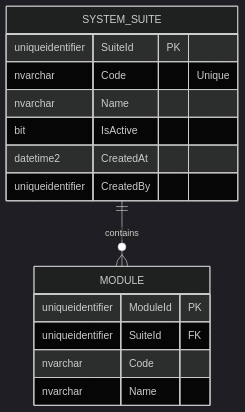
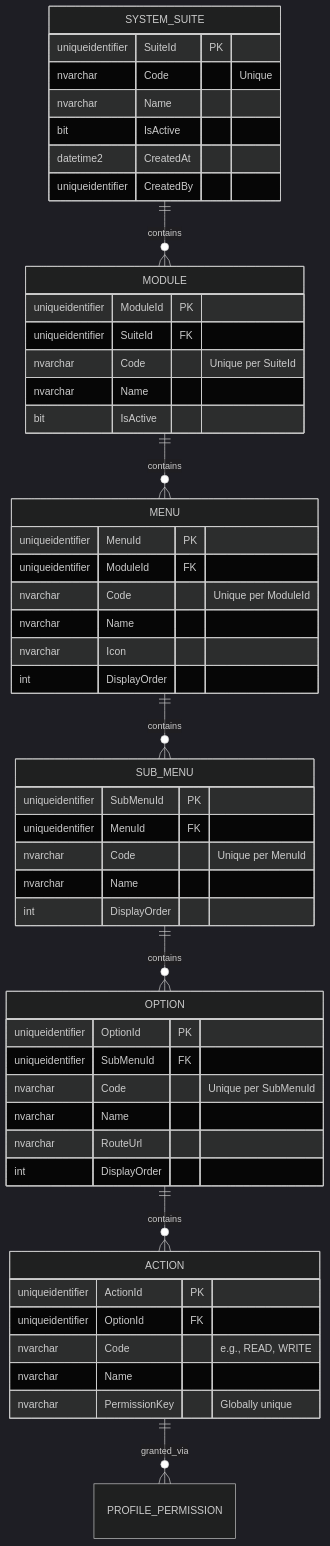
Before and after one commit to beyondnetcode/ums: the third of 4 diagrams in docs/domain/authorization/system-suite.md, drawn with Mermaid (dark theme). The commit also changed other lines of this file and 19 other files, not shown here.

````diff
--- a/docs/domain/authorization/system-suite.md
+++ b/docs/domain/authorization/system-suite.md
@@ -149,19 +210,55 @@
 ```mermaid
 erDiagram
     SYSTEM_SUITE ||--o{ MODULE : "contains"
+    MODULE ||--o{ MENU : "contains"
+    MENU ||--o{ SUB_MENU : "contains"
+    SUB_MENU ||--o{ OPTION : "contains"
+    OPTION ||--o{ ACTION : "contains"
+    ACTION ||--o{ PROFILE_PERMISSION : "granted_via"
 
     SYSTEM_SUITE {
         uniqueidentifier SuiteId PK
         nvarchar Code "Unique"
         nvarchar Name
         bit IsActive
         datetime2 CreatedAt
         uniqueidentifier CreatedBy
     }
     MODULE {
         uniqueidentifier ModuleId PK
         uniqueidentifier SuiteId FK
-        nvarchar Code
+        nvarchar Code "Unique per SuiteId"
         nvarchar Name
+        bit IsActive
+    }
+    MENU {
+        uniqueidentifier MenuId PK
+        uniqueidentifier ModuleId FK
+        nvarchar Code "Unique per ModuleId"
+        nvarchar Name
+        nvarchar Icon
+        int DisplayOrder
+    }
+    SUB_MENU {
+        uniqueidentifier SubMenuId PK
+        uniqueidentifier MenuId FK
+        nvarchar Code "Unique per MenuId"
+        nvarchar Name
+        int DisplayOrder
+    }
+    OPTION {
+        uniqueidentifier OptionId PK
+        uniqueidentifier SubMenuId FK
+        nvarchar Code "Unique per SubMenuId"
+        nvarchar Name
+        nvarchar RouteUrl
+        int DisplayOrder
+    }
+    ACTION {
+        uniqueidentifier ActionId PK
+        uniqueidentifier OptionId FK
+        nvarchar Code "e.g., READ, WRITE"
+        nvarchar Name
+        nvarchar PermissionKey "Globally unique"
     }
 ```
````
